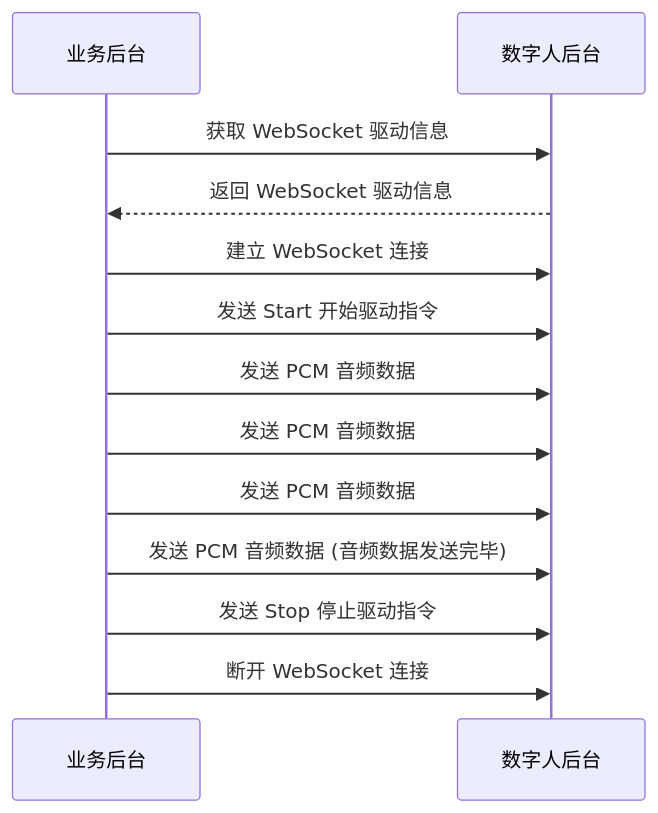
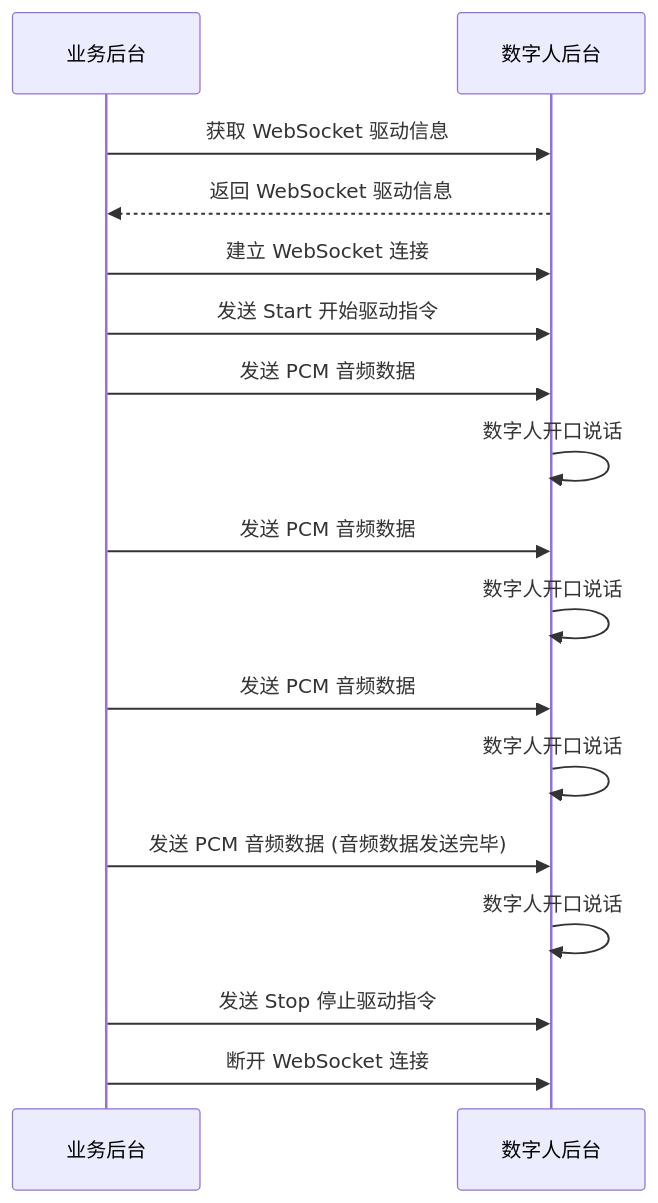
Before and after one commit to ZEGOCLOUD/docs_all: the diagram in core_products/digital-human/zh/server/quick-start/digital-human-ws-drive.mdx, drawn with Mermaid. The commit also changed other lines of this file, not shown here.

````diff
--- a/core_products/digital-human/zh/server/quick-start/digital-human-ws-drive.mdx
+++ b/core_products/digital-human/zh/server/quick-start/digital-human-ws-drive.mdx
@@ -20,18 +20,22 @@
 ```mermaid
 sequenceDiagram
     participant 业务后台
     participant 数字人后台
 
     业务后台->>数字人后台: 获取 WebSocket 驱动信息
     数字人后台-->>业务后台: 返回 WebSocket 驱动信息
 
     业务后台->>数字人后台: 建立 WebSocket 连接
     业务后台->>数字人后台: 发送 Start 开始驱动指令
     业务后台->>数字人后台: 发送 PCM 音频数据
+    数字人后台 ->> 数字人后台: 数字人开口说话
     业务后台->>数字人后台: 发送 PCM 音频数据
+    数字人后台 ->> 数字人后台: 数字人开口说话
     业务后台->>数字人后台: 发送 PCM 音频数据
+    数字人后台 ->> 数字人后台: 数字人开口说话
     业务后台->>数字人后台: 发送 PCM 音频数据 (音频数据发送完毕)
+    数字人后台 ->> 数字人后台: 数字人开口说话
     业务后台->>数字人后台: 发送 Stop 停止驱动指令
     
     业务后台->>数字人后台: 断开 WebSocket 连接
 ```
````
